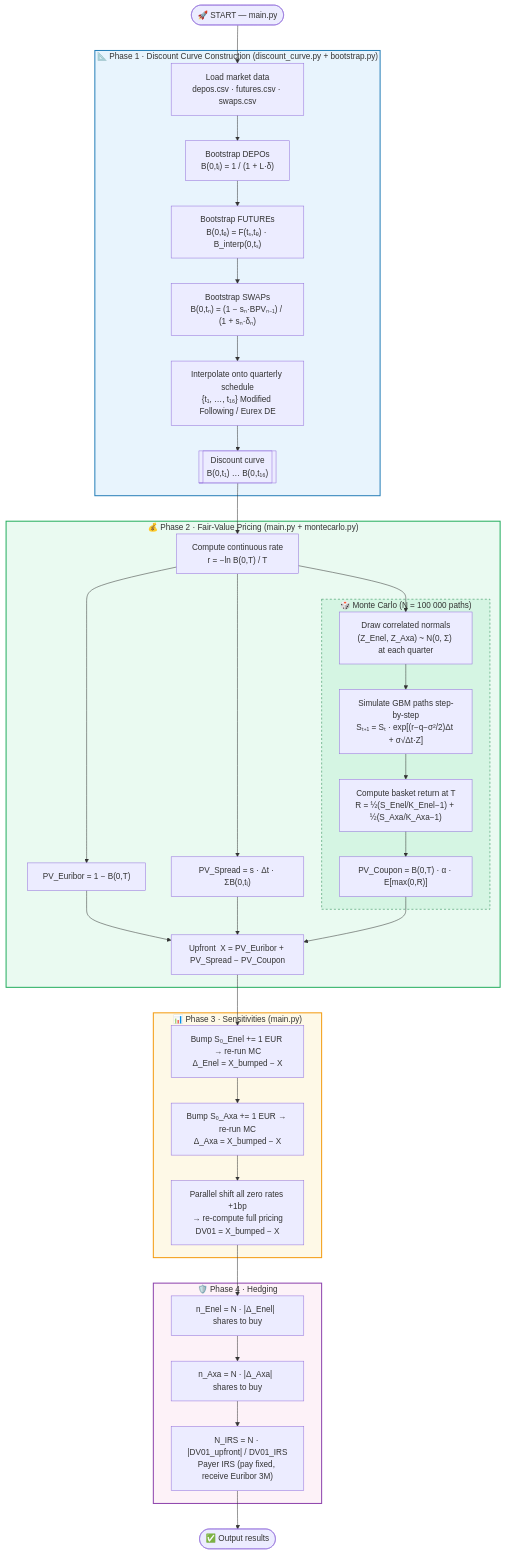
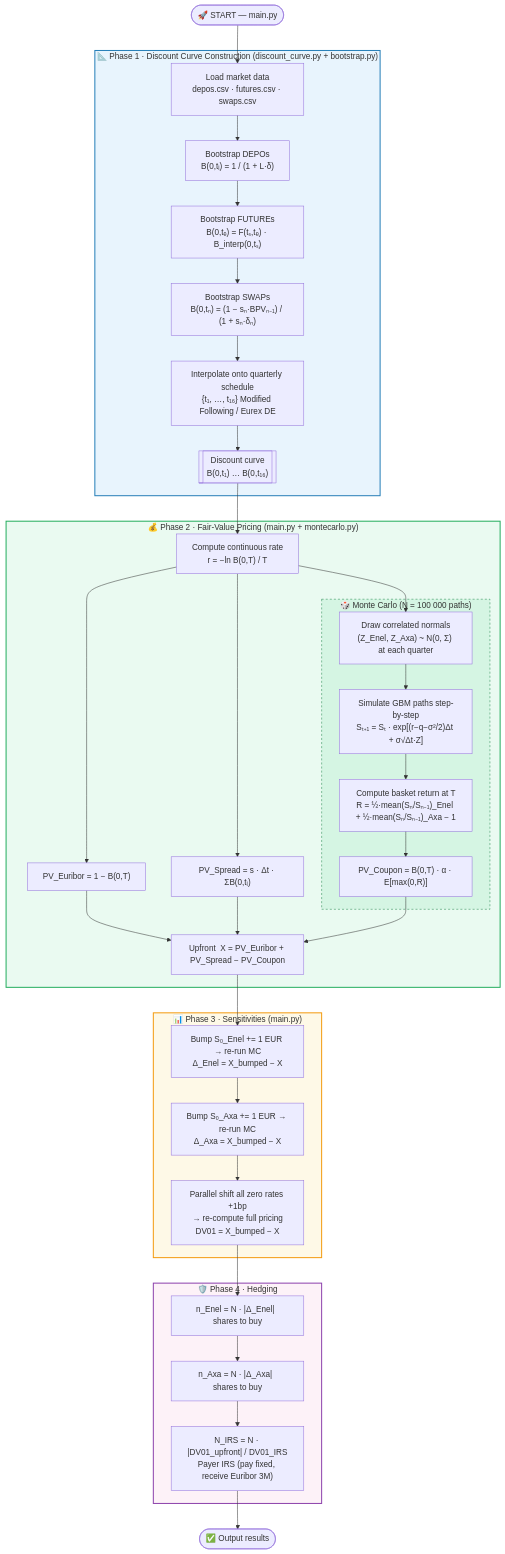
Before and after one commit to LorenzoMariani2003/structuredBondPricing: the diagram in README.md, drawn with Mermaid. The commit also changed other lines of this file and 4 other files, not shown here.

````diff
--- a/README.md
+++ b/README.md
@@ -236,55 +240,55 @@
 ```mermaid
 flowchart TD
     A([🚀 START — main.py]) --> B
 
     subgraph CURVE["📐 Phase 1 · Discount Curve Construction  (discount_curve.py + bootstrap.py)"]
         B[Load market data\ndepos.csv · futures.csv · swaps.csv]
         B --> C["Bootstrap DEPOs\nB(0,tᵢ) = 1 / (1 + L·δ)"]
         C --> D["Bootstrap FUTUREs\nB(0,tₑ) = F(tₛ,tₑ) · B_interp(0,tₛ)"]
         D --> E["Bootstrap SWAPs\nB(0,tₙ) = (1 − sₙ·BPVₙ₋₁) / (1 + sₙ·δₙ)"]
         E --> F["Interpolate onto quarterly schedule\n{t₁, …, t₁₆} Modified Following / Eurex DE"]
         F --> G[["Discount curve\nB(0,t₁) … B(0,t₁₆)"]]
     end
 
     G --> H
 
     subgraph PRICE["💰 Phase 2 · Fair-Value Pricing  (main.py + montecarlo.py)"]
         H["Compute continuous rate\nr = −ln B(0,T) / T"]
         H --> I["PV_Euribor = 1 − B(0,T)"]
         H --> J["PV_Spread = s · Δt · ΣB(0,tᵢ)"]
         H --> K
 
         subgraph MC["🎲 Monte Carlo  (N = 100 000 paths)"]
             K["Draw correlated normals\n(Z_Enel, Z_Axa) ~ N(0, Σ) at each quarter"]
             K --> L["Simulate GBM paths step-by-step\nSₜ₊₁ = Sₜ · exp[(r−q−σ²/2)Δt + σ√Δt·Z]"]
-            L --> M["Compute basket return at T\nR = ½(S_Enel/K_Enel−1) + ½(S_Axa/K_Axa−1)"]
+            L --> M["Compute basket return at T\nR = ½·mean(Sₙ/Sₙ₋₁)_Enel + ½·mean(Sₙ/Sₙ₋₁)_Axa − 1"]
             M --> N["PV_Coupon = B(0,T) · α · E[max(0,R)]"]
         end
 
         I & J & N --> O["Upfront  X = PV_Euribor + PV_Spread − PV_Coupon"]
     end
 
     O --> P
 
     subgraph GREEKS["📊 Phase 3 · Sensitivities  (main.py)"]
         P["Bump S₀_Enel += 1 EUR → re-run MC\nΔ_Enel = X_bumped − X"]
         P --> Q["Bump S₀_Axa += 1 EUR → re-run MC\nΔ_Axa = X_bumped − X"]
         Q --> R["Parallel shift all zero rates +1bp\n→ re-compute full pricing\nDV01 = X_bumped − X"]
     end
 
     R --> S
 
     subgraph HEDGE["🛡️ Phase 4 · Hedging"]
         S["n_Enel = N · |Δ_Enel|  shares to buy"]
         S --> T["n_Axa = N · |Δ_Axa|  shares to buy"]
         T --> U["N_IRS = N · |DV01_upfront| / DV01_IRS\nPayer IRS (pay fixed, receive Euribor 3M)"]
     end
 
     U --> V([✅ Output results])
 
     style CURVE fill:#e8f4fd,stroke:#2980b9,stroke-width:2px
     style PRICE fill:#eafaf1,stroke:#27ae60,stroke-width:2px
     style MC fill:#d5f5e3,stroke:#1e8449,stroke-width:1px,stroke-dasharray:4
     style GREEKS fill:#fef9e7,stroke:#f39c12,stroke-width:2px
     style HEDGE fill:#fdf2f8,stroke:#8e44ad,stroke-width:2px
 ```
````
